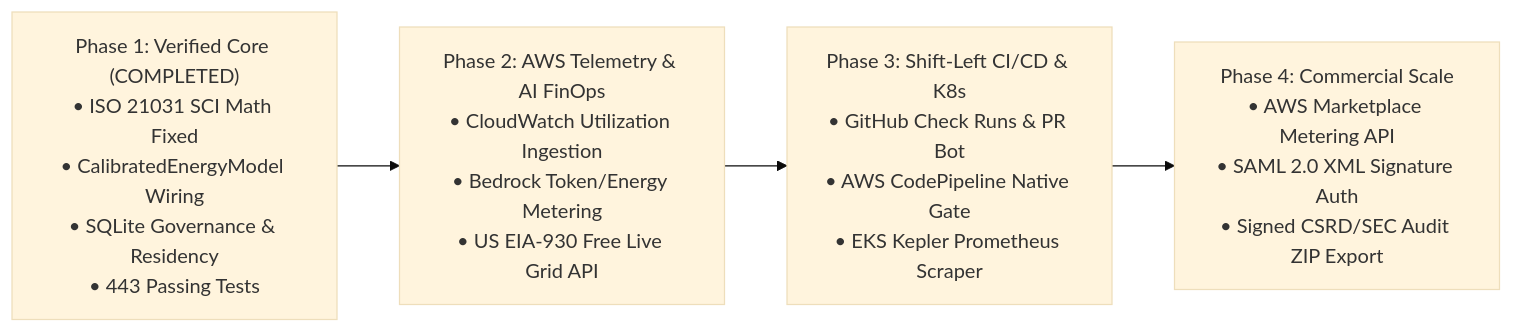
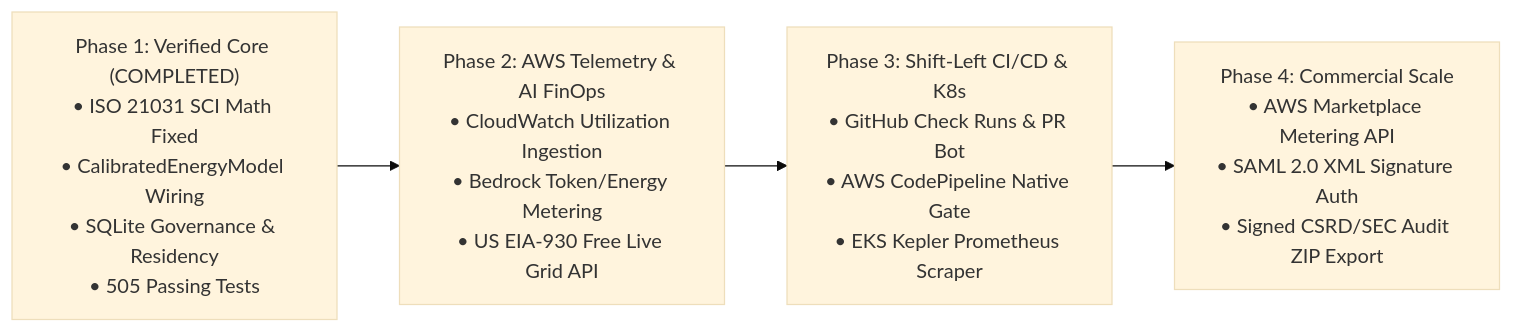
Before and after one commit to zeenat28-ui/greencode: the diagram in docs/enterprise_amazon/ENTERPRISE_PLAN.md, drawn with Mermaid (base theme). The commit also changed other lines of this file and 5 other files, not shown here.

Commit message:
fix(aws): wire amazon_service to DB & router, use Ember 2024 grid figures, map AWS regions to grid zones, and use AssumeRole credentials for Budgets

````diff
--- a/docs/enterprise_amazon/ENTERPRISE_PLAN.md
+++ b/docs/enterprise_amazon/ENTERPRISE_PLAN.md
@@ -360,6 +362,6 @@
 ```mermaid
 flowchart LR
-    P1["Phase 1: Verified Core (COMPLETED)\n• ISO 21031 SCI Math Fixed\n• CalibratedEnergyModel Wiring\n• SQLite Governance & Residency\n• 443 Passing Tests"] --> P2["Phase 2: AWS Telemetry & AI FinOps\n• CloudWatch Utilization Ingestion\n• Bedrock Token/Energy Metering\n• US EIA-930 Free Live Grid API"]
+    P1["Phase 1: Verified Core (COMPLETED)\n• ISO 21031 SCI Math Fixed\n• CalibratedEnergyModel Wiring\n• SQLite Governance & Residency\n• 505 Passing Tests"] --> P2["Phase 2: AWS Telemetry & AI FinOps\n• CloudWatch Utilization Ingestion\n• Bedrock Token/Energy Metering\n• US EIA-930 Free Live Grid API"]
     P2 --> P3["Phase 3: Shift-Left CI/CD & K8s\n• GitHub Check Runs & PR Bot\n• AWS CodePipeline Native Gate\n• EKS Kepler Prometheus Scraper"]
     P3 --> P4["Phase 4: Commercial Scale\n• AWS Marketplace Metering API\n• SAML 2.0 XML Signature Auth\n• Signed CSRD/SEC Audit ZIP Export"]
 ```
````
